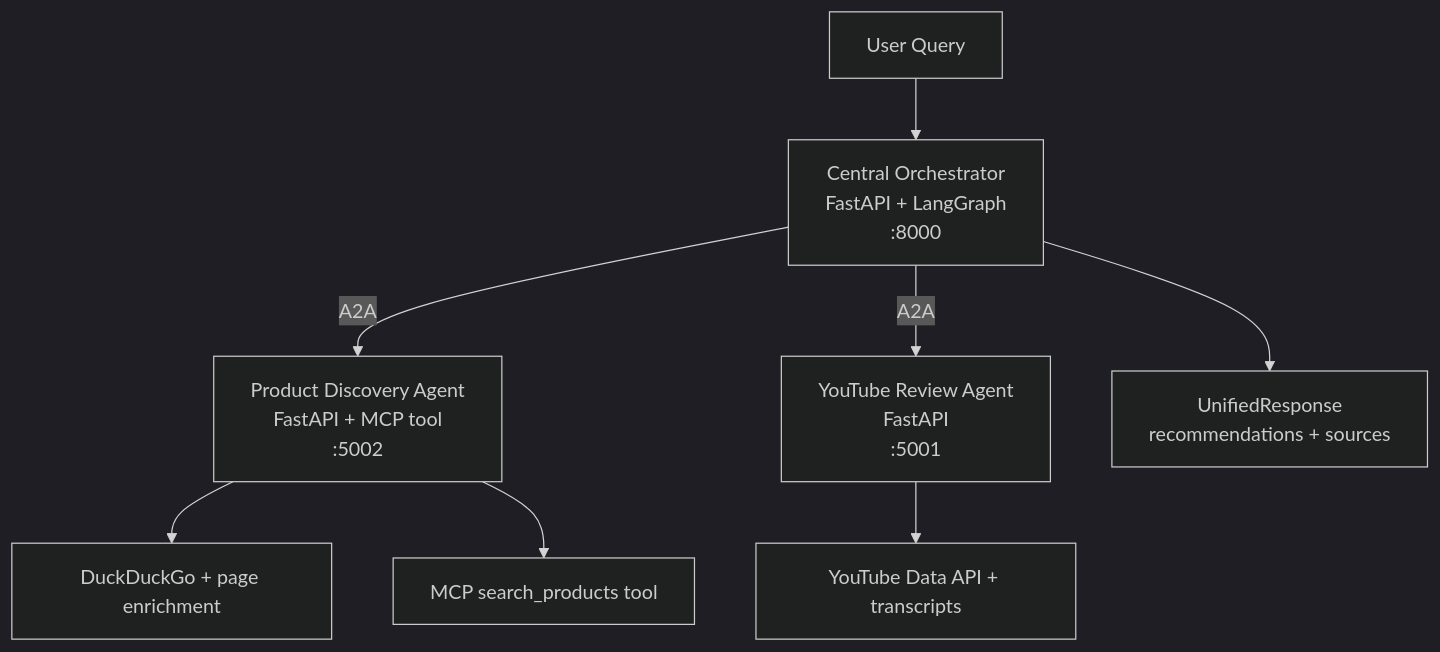
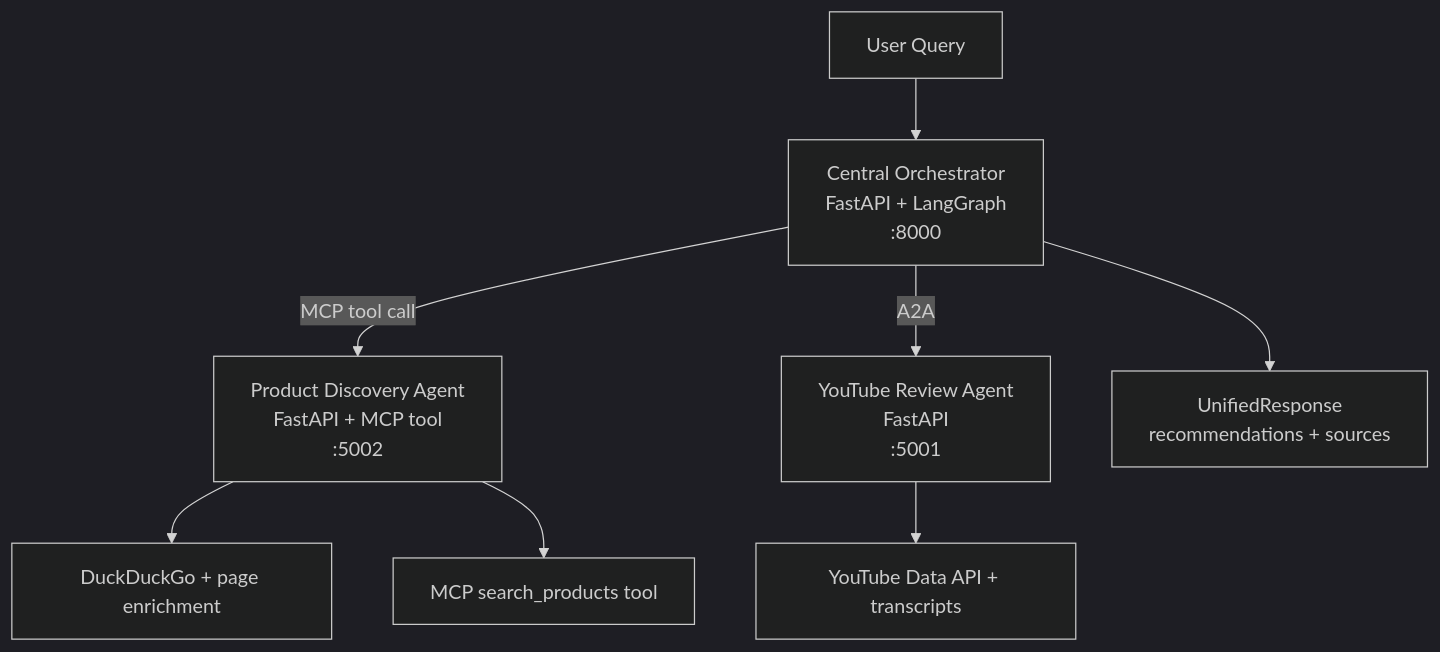
The diagram in README.md (rpraveen760/Multi-Agent-Shopping-Advisor-), drawn with Mermaid (dark theme) before and after one commit. The commit also changed other lines of this file and 17 other files, not shown here.

Commit message:
Tighten product finalization and trace flow

````diff
--- a/README.md
+++ b/README.md
@@ -9,10 +9,10 @@
 ```mermaid
 flowchart TD
     U["User Query"] --> O["Central Orchestrator<br/>FastAPI + LangGraph<br/>:8000"]
-    O -->|A2A| P["Product Discovery Agent<br/>FastAPI + MCP tool<br/>:5002"]
+    O -->|MCP tool call| P["Product Discovery Agent<br/>FastAPI + MCP tool<br/>:5002"]
     O -->|A2A| Y["YouTube Review Agent<br/>FastAPI<br/>:5001"]
     P --> W["DuckDuckGo + page enrichment"]
     P --> M["MCP search_products tool"]
     Y --> T["YouTube Data API + transcripts"]
     O --> R["UnifiedResponse<br/>recommendations + sources"]
 ```
````
